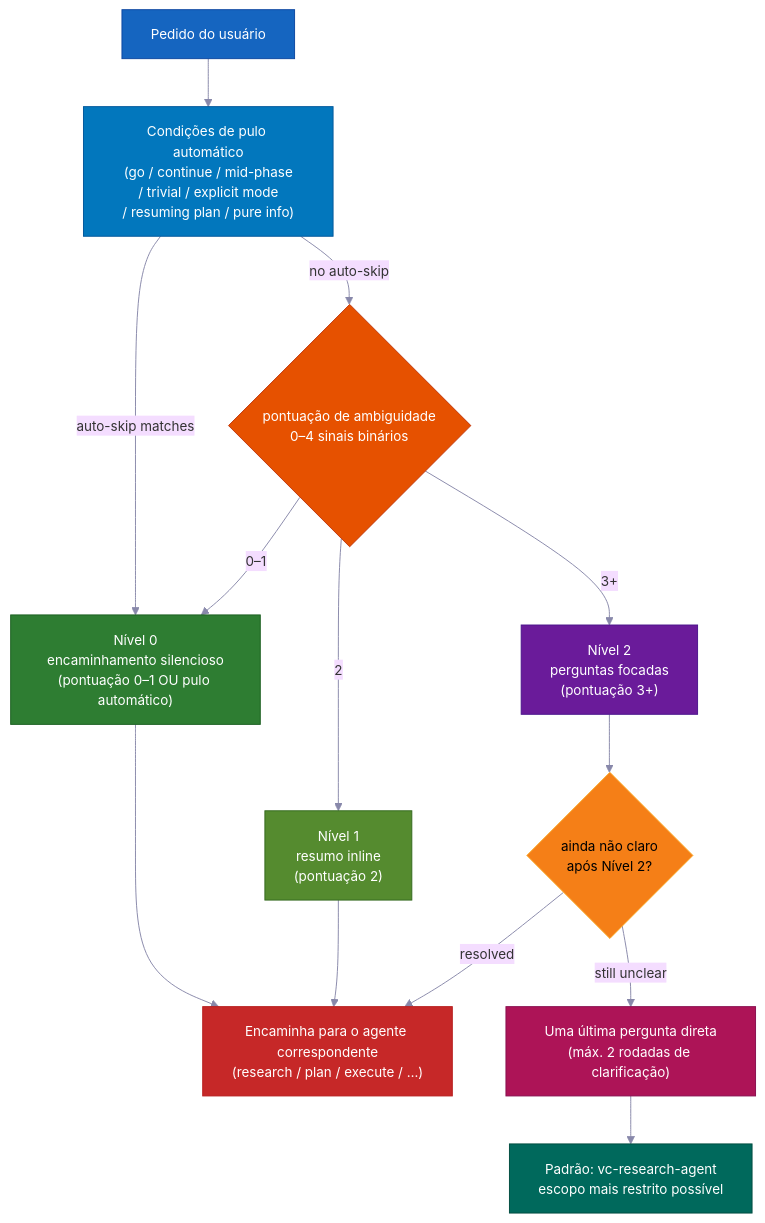
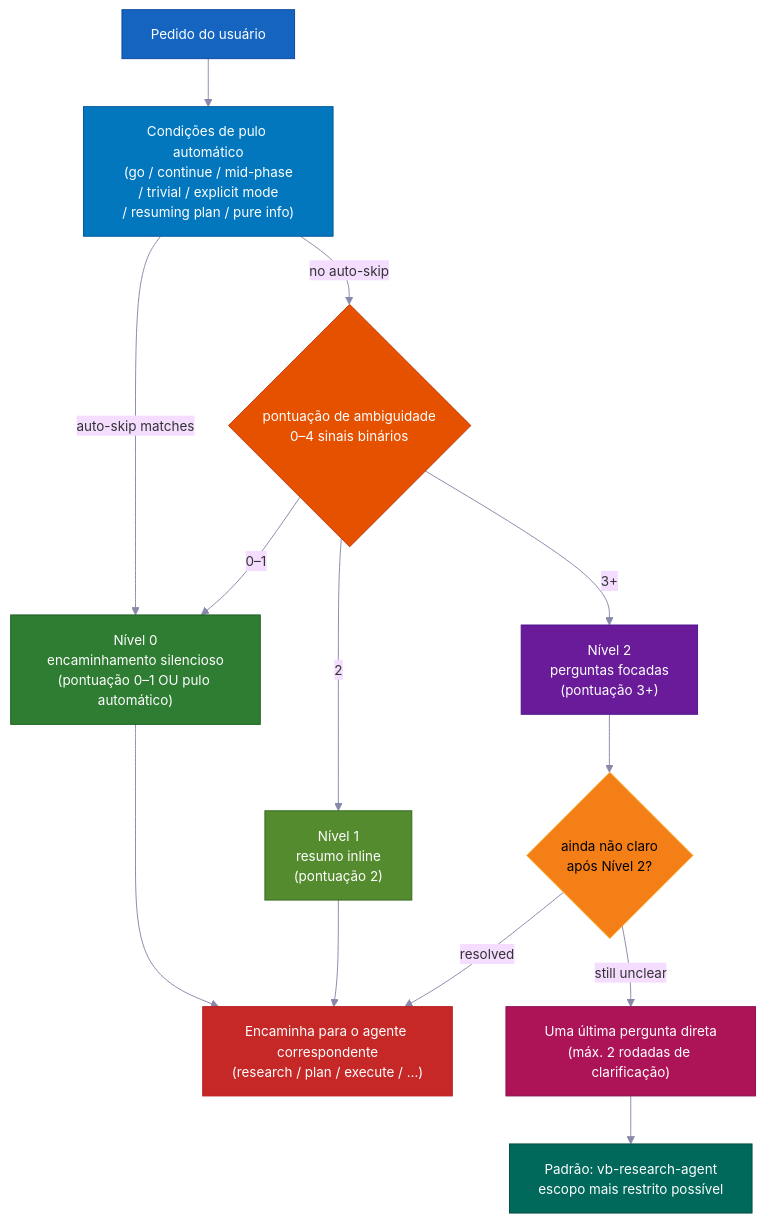
Before and after one commit to Tomwakeupat530amm/vibebelt-kit: the fourth of 14 diagrams in docs/i18n/README.pt-BR.md, drawn with Mermaid. The commit also changed other lines of this file and 646 other files, not shown here.

````diff
--- a/docs/i18n/README.pt-BR.md
+++ b/docs/i18n/README.pt-BR.md
@@ -691,37 +691,37 @@
 ```mermaid
 %%{init: {'theme': 'base', 'themeVariables': {'fontSize': '14px', 'lineColor': '#8888AA'}} }%%
 flowchart TD
     REQ["Pedido do usuário"]
     SCORE{"pontuação de ambiguidade\n0–4 sinais binários"}
     AUTO["Condições de pulo automático\n(go / continue / mid-phase\n/ trivial / explicit mode\n/ resuming plan / pure info)"]
     T0["Nível 0\nencaminhamento silencioso\n(pontuação 0–1 OU pulo automático)"]
     T1["Nível 1\nresumo inline\n(pontuação 2)"]
     T2["Nível 2\nperguntas focadas\n(pontuação 3+)"]
     ROUTE["Encaminha para o agente correspondente\n(research / plan / execute / …)"]
     STILL{"ainda não claro\napós Nível 2?"}
     FINAL["Uma última pergunta direta\n(máx. 2 rodadas de clarificação)"]
-    NARROW["Padrão: vc-research-agent\nescopo mais restrito possível"]
+    NARROW["Padrão: vb-research-agent\nescopo mais restrito possível"]
 
     REQ --> AUTO
     AUTO -->|"auto-skip matches"| T0
     AUTO -->|"no auto-skip"| SCORE
     SCORE -->|"0–1"| T0
     SCORE -->|"2"| T1
     SCORE -->|"3+"| T2
     T0 --> ROUTE
     T1 --> ROUTE
     T2 --> STILL
     STILL -->|"resolved"| ROUTE
     STILL -->|"still unclear"| FINAL --> NARROW
 
     style REQ fill:#1565C0,stroke:#0D47A1,color:#FFFFFF
     style AUTO fill:#0277BD,stroke:#01579B,color:#FFFFFF
     style SCORE fill:#E65100,stroke:#BF360C,color:#FFFFFF
     style T0 fill:#2E7D32,stroke:#1B5E20,color:#FFFFFF
     style T1 fill:#558B2F,stroke:#33691E,color:#FFFFFF
     style T2 fill:#6A1B9A,stroke:#4A148C,color:#FFFFFF
     style ROUTE fill:#C62828,stroke:#B71C1C,color:#FFFFFF
     style STILL fill:#F57F17,stroke:#F9A825,color:#000000
     style FINAL fill:#AD1457,stroke:#880E4F,color:#FFFFFF
     style NARROW fill:#00695C,stroke:#004D40,color:#FFFFFF
 ```
````
